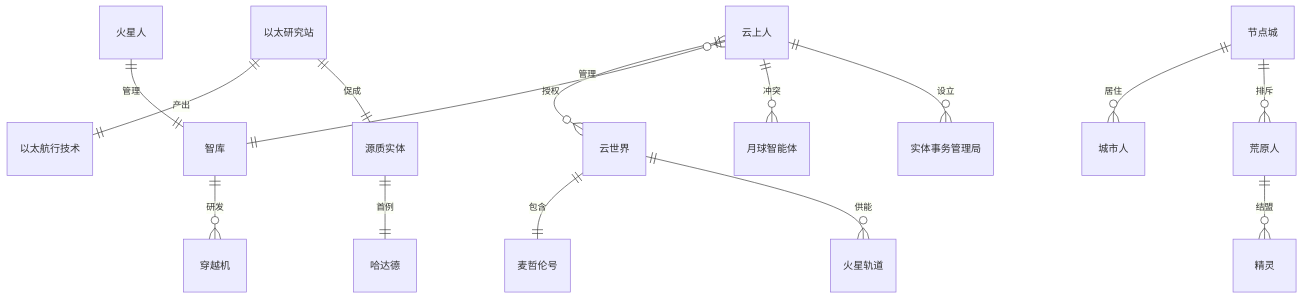
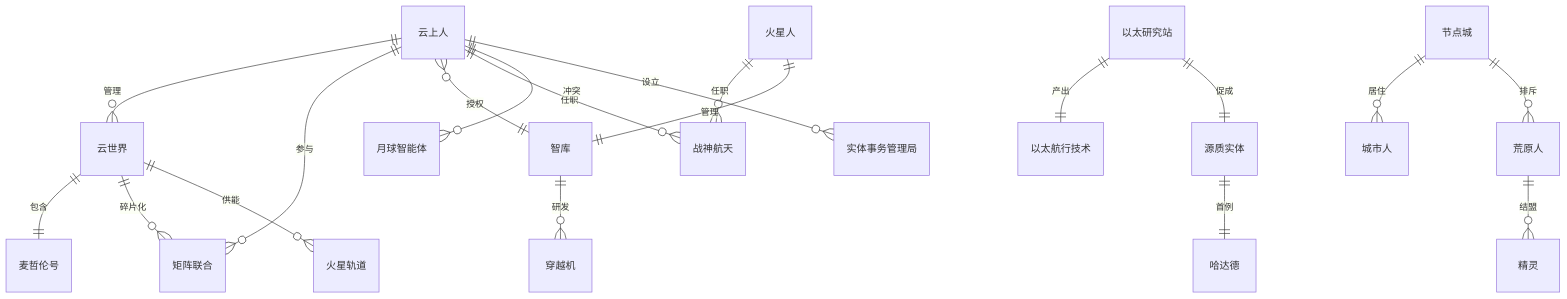
The second of 2 diagrams in 总世界线.md (Estrella6066773/WorldCreate), drawn with Mermaid before and after one commit. The commit also changed other lines of this file and 2 other files, not shown here.

````diff
--- a/总世界线.md
+++ b/总世界线.md
@@ -44,17 +46,21 @@
 ```mermaid
 erDiagram
     云上人 ||--o{ 云世界 : 管理
     云世界 ||--|| 麦哲伦号 : 包含
+    云世界 ||--o{ 矩阵联合 : 碎片化
+    云上人 ||--o{ 矩阵联合 : 参与
     云上人 }o--|| 智库 : 授权
+    云上人 ||--o{ 战神航天 : 任职
+    火星人 ||--o{ 战神航天 : 任职
     火星人 ||--|| 智库 : 管理
     智库 ||--o{ 穿越机 : 研发
     以太研究站 ||--|| 以太航行技术 : 产出
     以太研究站 ||--|| 源质实体 : 促成
     源质实体 ||--|| 哈达德 : 首例
     节点城 ||--o{ 城市人 : 居住
     节点城 ||--o{ 荒原人 : 排斥
     荒原人 ||--o{ 精灵 : 结盟
     云上人 ||--o{ 月球智能体 : 冲突
     云上人 ||--o{ 实体事务管理局 : 设立
     云世界 ||--o{ 火星轨道 : 供能
 ```
````
